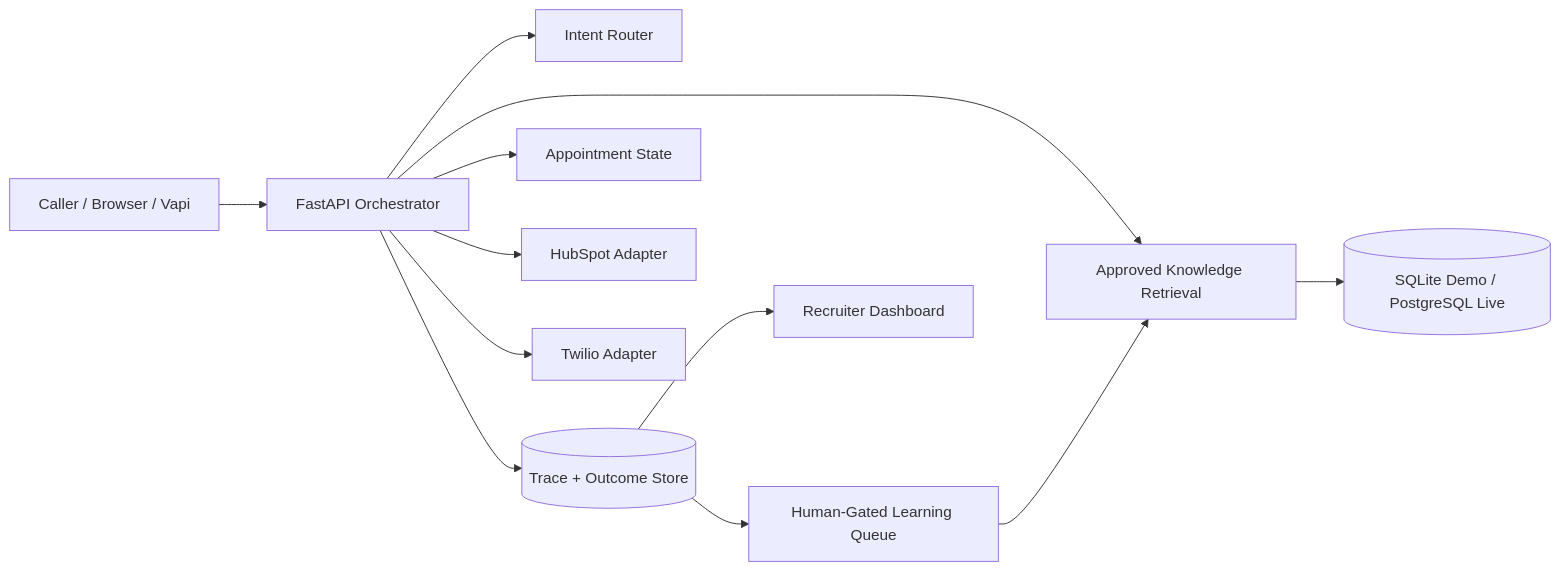
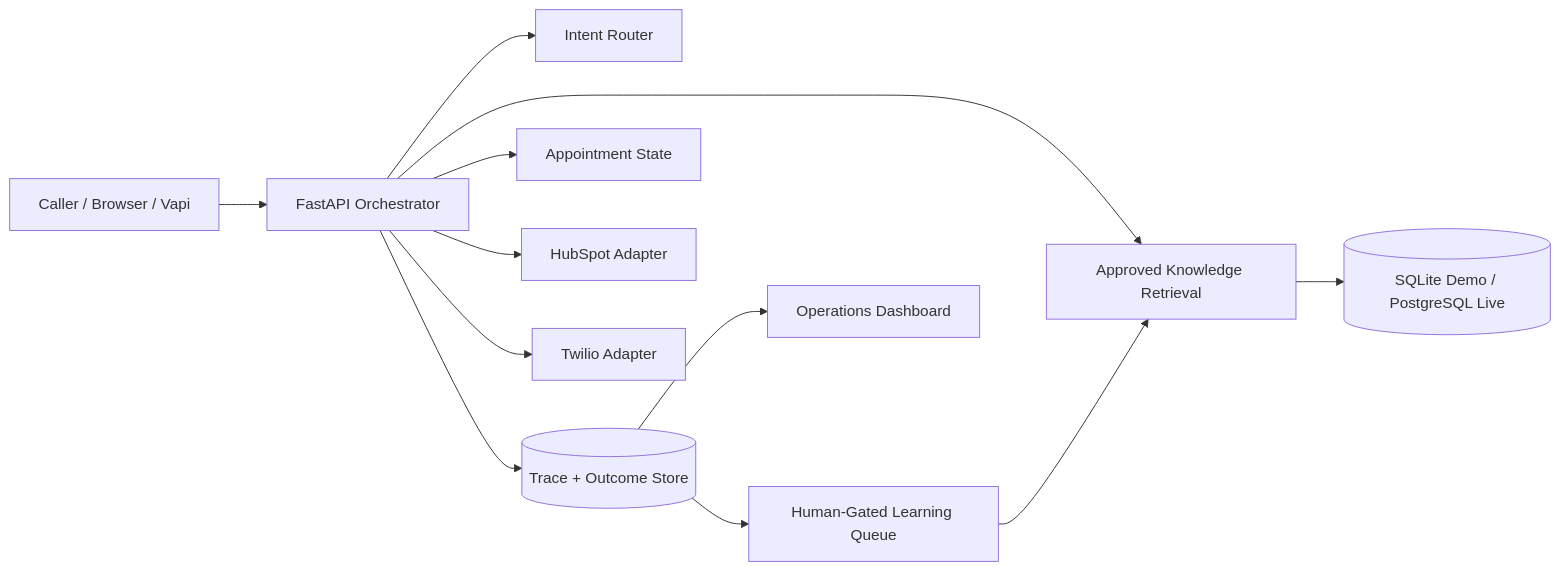
Before and after one commit to raamnandhakumar-eng/callflow-recovery: the diagram in README.md, drawn with Mermaid. The commit also changed other lines of this file, not shown here.

````diff
--- a/README.md
+++ b/README.md
@@ -92,14 +92,14 @@
 ```mermaid
 flowchart LR
     A[Caller / Browser / Vapi] --> B[FastAPI Orchestrator]
     B --> C[Intent Router]
     B --> D[Approved Knowledge Retrieval]
     D --> E[(SQLite Demo / PostgreSQL Live)]
     B --> F[Appointment State]
     B --> G[HubSpot Adapter]
     B --> H[Twilio Adapter]
     B --> I[(Trace + Outcome Store)]
-    I --> J[Recruiter Dashboard]
+    I --> J[Operations Dashboard]
     I --> K[Human-Gated Learning Queue]
     K --> D
 ```
````
